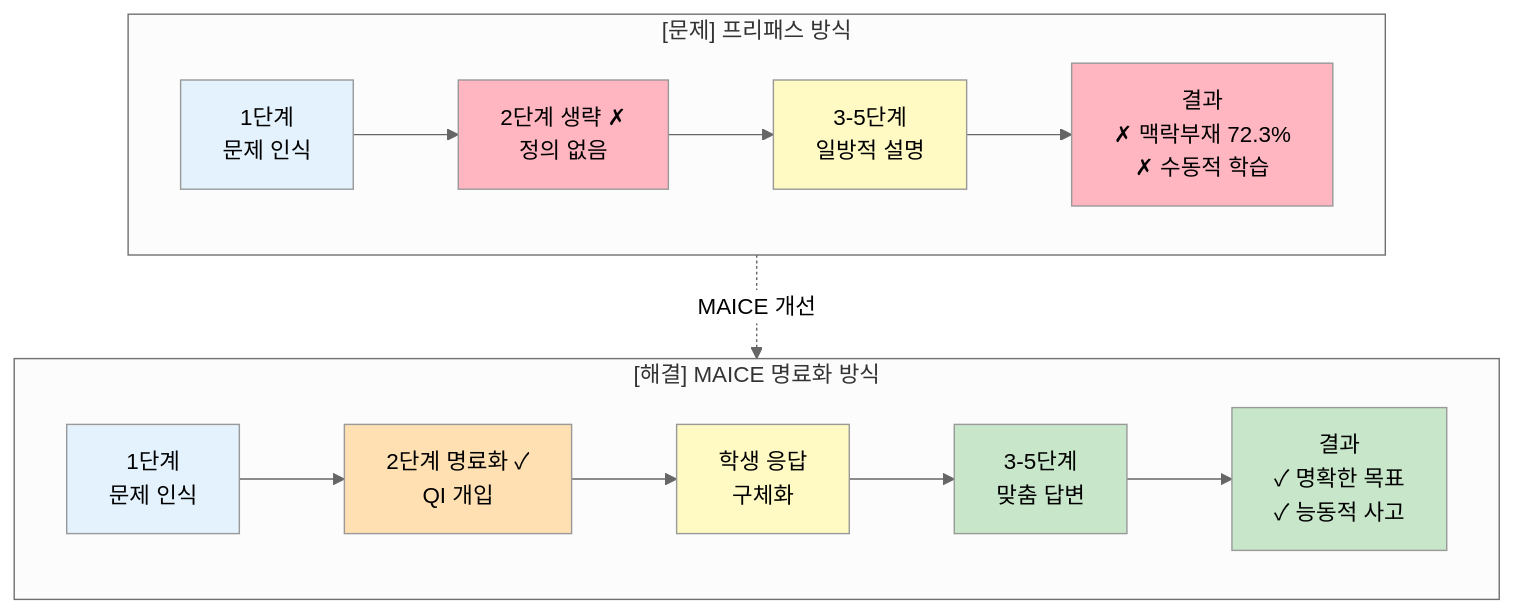
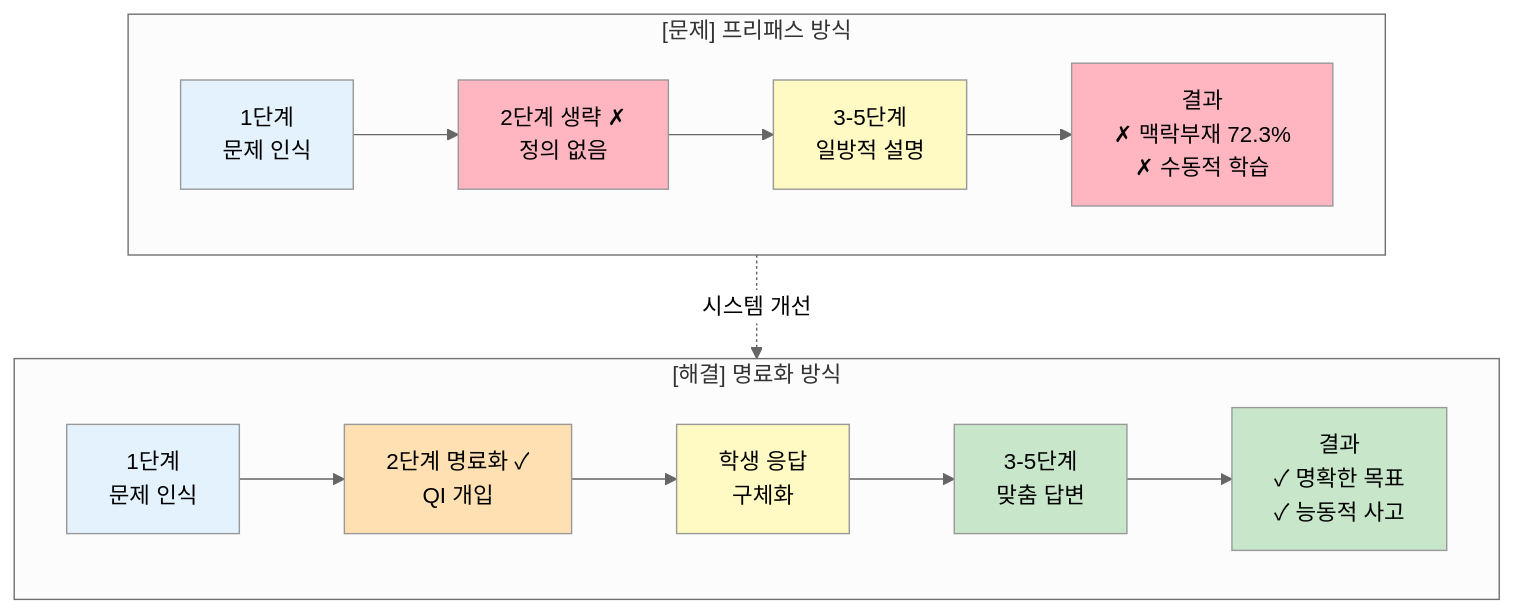
One commit to KimKyuBong/maice-paper-deploy changed the first of 4 diagrams in docs/chapters/02-theoretical-background.md. Above: the diagram before and after it, drawn with Mermaid (neutral theme). The commit also changed other lines of this file and 196 other files, not shown here.

````diff
--- a/docs/chapters/02-theoretical-background.md
+++ b/docs/chapters/02-theoretical-background.md
@@ -30,35 +30,35 @@
 ```mermaid
 flowchart TB
     subgraph problem["[문제] 프리패스 방식"]
         direction LR
         p1["1단계<br/>문제 인식"]
         p2["2단계 생략 ✗<br/>정의 없음"]
         p3["3-5단계<br/>일방적 설명"]
         p4["결과<br/>✗ 맥락부재 72.3%<br/>✗ 수동적 학습"]
         
         p1 --> p2 --> p3 --> p4
     end
     
-    subgraph solution["[해결] MAICE 명료화 방식"]
+    subgraph solution["[해결] 명료화 방식"]
         direction LR
         s1["1단계<br/>문제 인식"]
         s2["2단계 명료화 ✓<br/>QI 개입"]
         s3["학생 응답<br/>구체화"]
         s4["3-5단계<br/>맞춤 답변"]
         s5["결과<br/>✓ 명확한 목표<br/>✓ 능동적 사고"]
         
         s1 --> s2 --> s3 --> s4 --> s5
     end
     
-    problem -.->|"MAICE 개선"| solution
+    problem -.->|"시스템 개선"| solution
     
     style p1 fill:#E3F2FD
     style p2 fill:#FFB6C1
     style p3 fill:#FFF9C4
     style p4 fill:#FFB6C1
     style s1 fill:#E3F2FD
     style s2 fill:#FFE0B2
     style s3 fill:#FFF9C4
     style s4 fill:#C8E6C9
     style s5 fill:#C8E6C9
 ```
````
